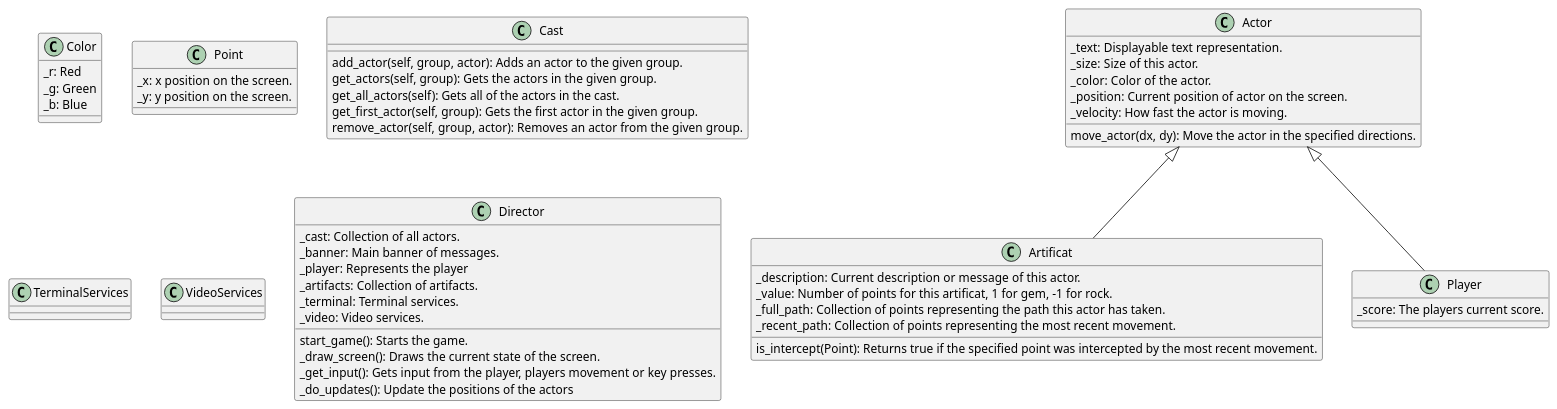
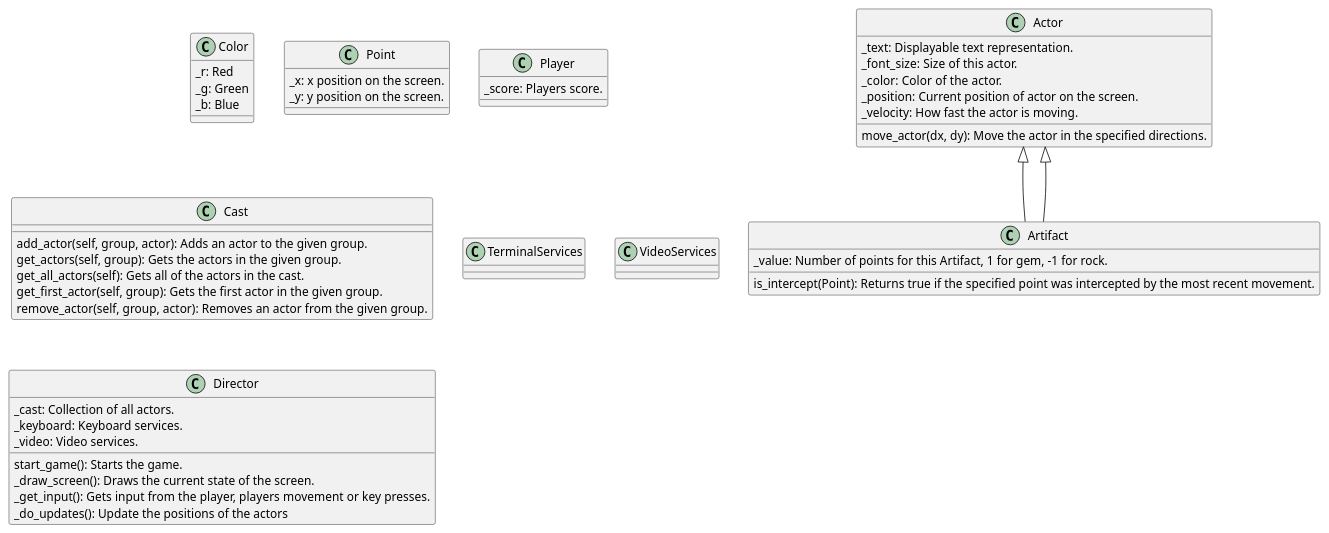
One commit to mscottreynolds/cse210-04 changed the diagram in Greed - Class Diagram.wsd. Above: the diagram before and after it, drawn with PlantUML. The commit also changed 8 other files, not shown here.

```diff
--- a/Greed - Class Diagram.wsd
+++ b/Greed - Class Diagram.wsd
@@ -1,69 +1,61 @@
 @startuml
 
 class Color {
     _r: Red
     _g: Green
     _b: Blue
 }
 
 class Point {
     _x: x position on the screen.
     _y: y position on the screen.
 }
 
 class Actor {
     _text: Displayable text representation.
-    _size: Size of this actor.
+    _font_size: Size of this actor.
     _color: Color of the actor.
     _position: Current position of actor on the screen.
     _velocity: How fast the actor is moving.
 
     move_actor(dx, dy): Move the actor in the specified directions.
 }
 
-class Artificat {
-    _description: Current description or message of this actor.
-    _value: Number of points for this artificat, 1 for gem, -1 for rock.
-    _full_path: Collection of points representing the path this actor has taken.
-    _recent_path: Collection of points representing the most recent movement.
+class Artifact {
+    _value: Number of points for this Artifact, 1 for gem, -1 for rock.
 
     is_intercept(Point): Returns true if the specified point was intercepted by the most recent movement.
 }
 
-Actor <|-- Artificat 
+Actor <|-- Artifact 
 
 class Player {
-    _score: The players current score.
+    _score: Players score.
 }
 
-Actor <|-- Player
+Actor <|-- Artifact
 
 class Cast {
     add_actor(self, group, actor): Adds an actor to the given group.
     get_actors(self, group): Gets the actors in the given group.
     get_all_actors(self): Gets all of the actors in the cast.
     get_first_actor(self, group): Gets the first actor in the given group.
     remove_actor(self, group, actor): Removes an actor from the given group.
 }
 
-class TerminalServices {
-}
+class TerminalServices
 
-class VideoServices {
-}
+class VideoServices
 
 class Director {
     _cast: Collection of all actors.
-    _banner: Main banner of messages.
-    _player: Represents the player
-    _artifacts: Collection of artifacts.
-    _terminal: Terminal services.
+    _keyboard: Keyboard services.
     _video: Video services.
 
     start_game(): Starts the game.
     _draw_screen(): Draws the current state of the screen.
     _get_input(): Gets input from the player, players movement or key presses.
     _do_updates(): Update the positions of the actors
 }
 
 @enduml
```
